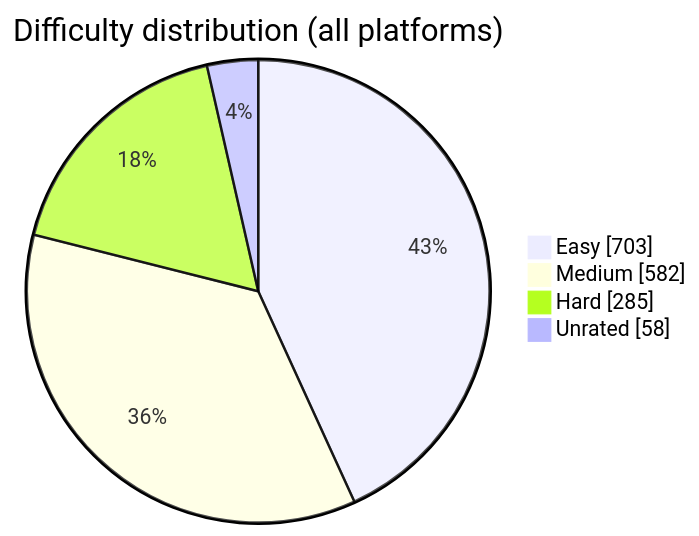
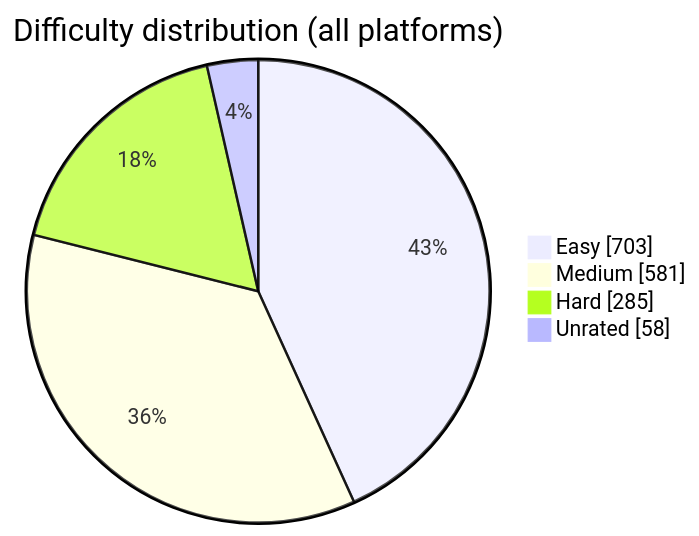
The diagram in README.md (BuildbyArindam/Daily-Coding-Log), drawn with Mermaid before and after one commit. The commit also changed other lines of this file, not shown here.

````diff
--- a/README.md
+++ b/README.md
@@ -93,7 +93,7 @@
 ```mermaid
 pie showData title Difficulty distribution (all platforms)
     "Easy" : 703
-    "Medium" : 582
+    "Medium" : 581
     "Hard" : 285
     "Unrated" : 58
 ```
````
